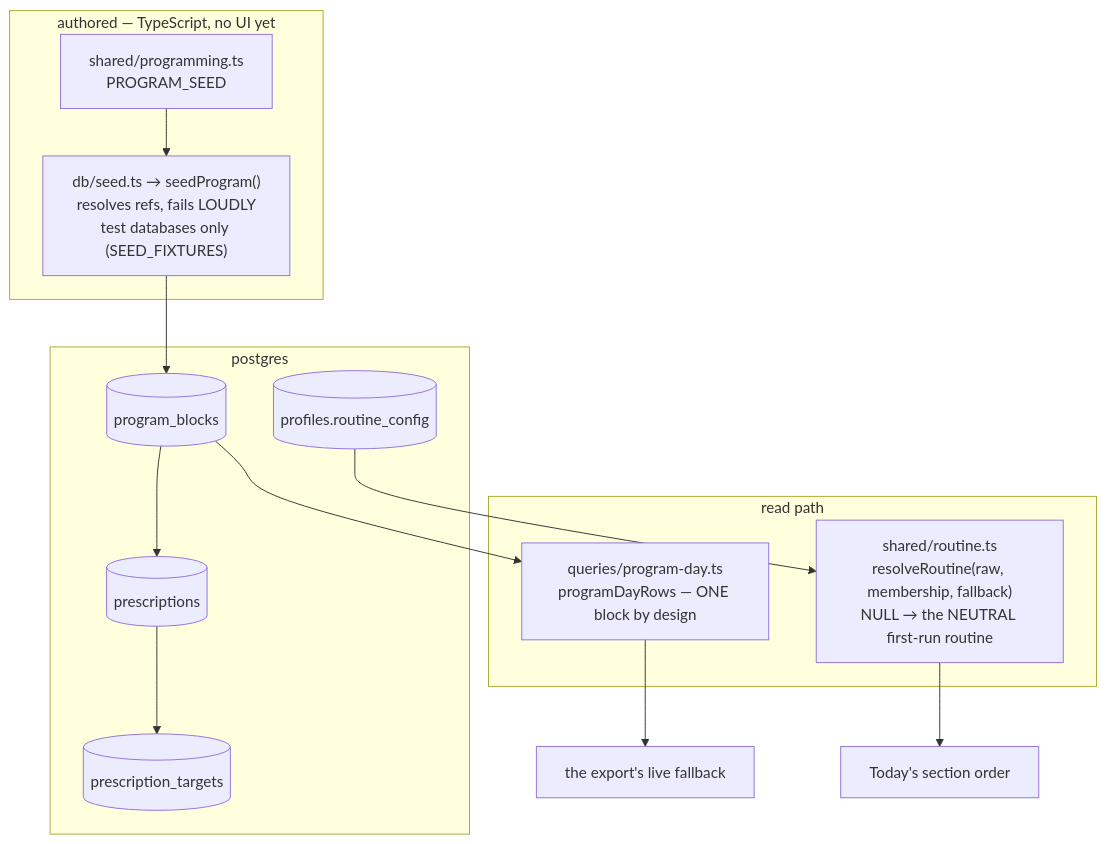
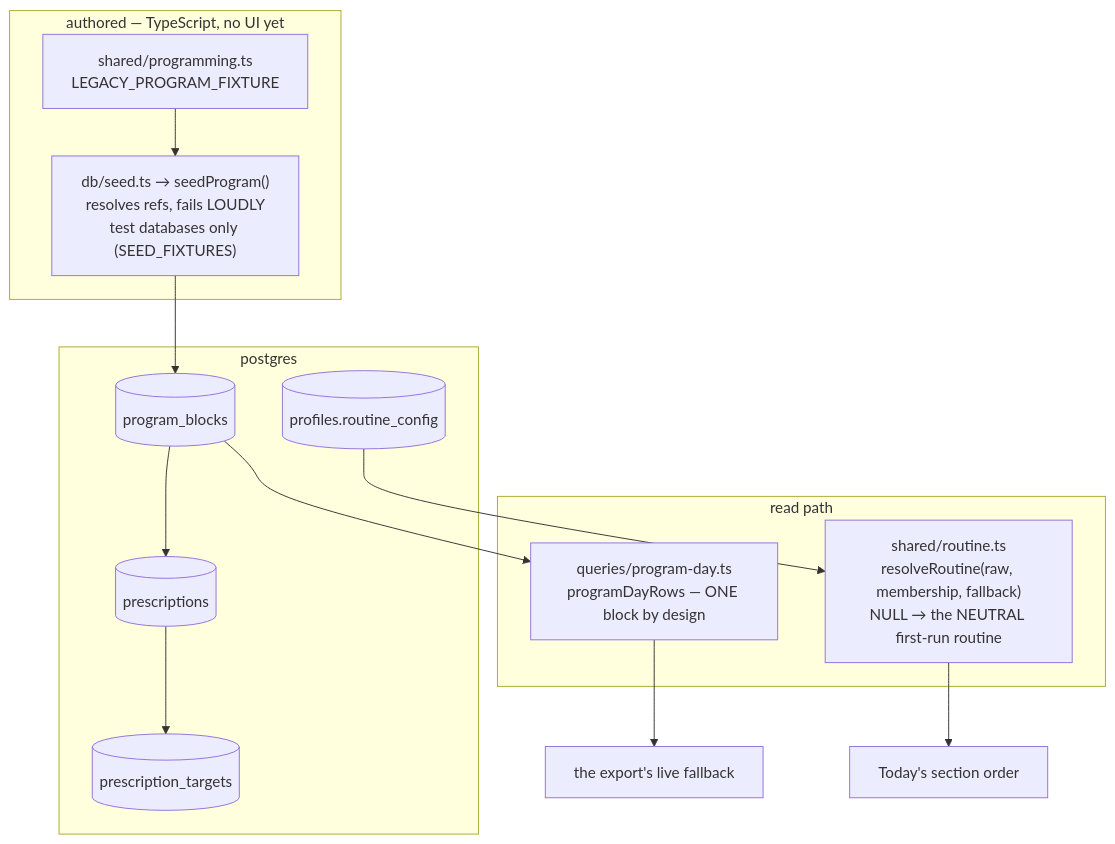
The diagram in docs/features/programming.md (ralamode/mat-plan), drawn with Mermaid before and after one commit. The commit also changed other lines of this file and 41 other files, not shown here.

````diff
--- a/docs/features/programming.md
+++ b/docs/features/programming.md
@@ -35,21 +35,21 @@
 ```mermaid
 flowchart TD
   subgraph authored["authored — TypeScript, no UI yet"]
-    SEED["shared/programming.ts<br/>PROGRAM_SEED"]
+    SEED["shared/programming.ts<br/>LEGACY_PROGRAM_FIXTURE"]
     SEEDFN["db/seed.ts → seedProgram()<br/>resolves refs, fails LOUDLY<br/>test databases only (SEED_FIXTURES)"]
   end
 
   subgraph tables["postgres"]
     BLOCK[(program_blocks)] --> PRESC[(prescriptions)] --> TARGET[(prescription_targets)]
     PROFILE[(profiles.routine_config)]
   end
 
   subgraph read["read path"]
     QUERY["queries/program-day.ts<br/>programDayRows — ONE block by design"]
     ROUTINE["shared/routine.ts<br/>resolveRoutine(raw, membership, fallback)<br/>NULL → the NEUTRAL first-run routine"]
   end
 
   SEED --> SEEDFN --> BLOCK
   BLOCK --> QUERY --> USES["the export's live fallback"]
   PROFILE --> ROUTINE --> TODAY["Today's section order"]
 ```
````
